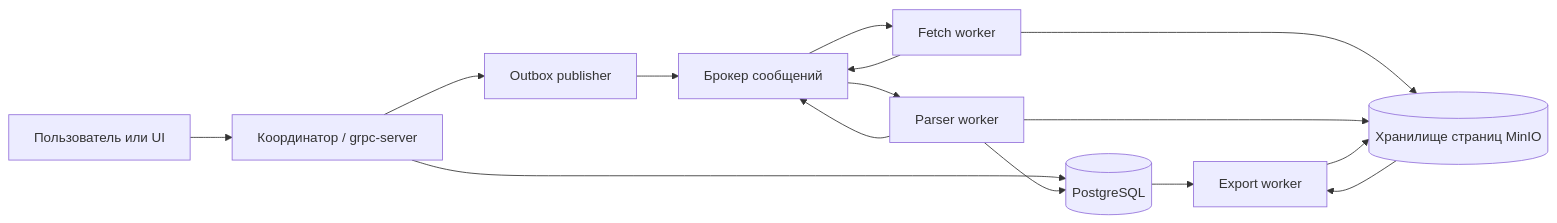
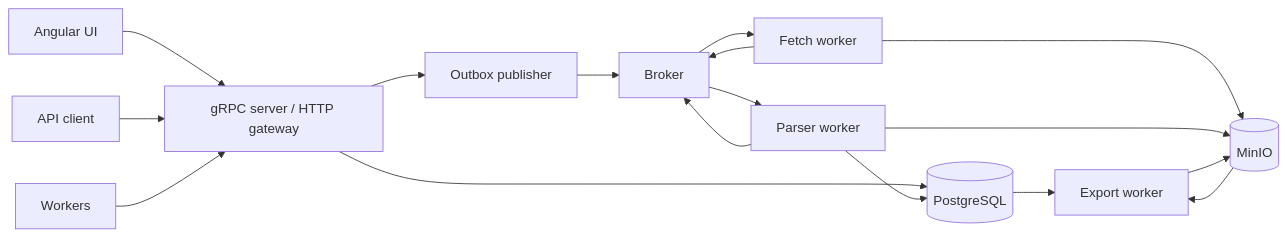
The diagram in README.md (Platinaa777/DistributedCrawler), drawn with Mermaid before and after one commit. The commit also changed other lines of this file and 2 other files, not shown here.

````diff
--- a/README.md
+++ b/README.md
@@ -18,17 +47,19 @@
 ```mermaid
 flowchart LR
-    User[Пользователь или UI] --> API[Координатор / grpc-server]
+    UI[Angular UI] --> API[gRPC server / HTTP gateway]
+    Client[API client] --> API
     API --> PG[(PostgreSQL)]
     API --> OUTBOX[Outbox publisher]
-    OUTBOX --> MQ[Брокер сообщений]
+    OUTBOX --> MQ[Broker]
     MQ --> FETCH[Fetch worker]
-    FETCH --> MINIO[(Хранилище страниц MinIO)]
+    FETCH --> MINIO[(MinIO)]
     FETCH --> MQ
     MQ --> PARSER[Parser worker]
     PARSER --> PG
     PARSER --> MINIO
     PARSER --> MQ
     PG --> EXPORT[Export worker]
     MINIO --> EXPORT
     EXPORT --> MINIO
+    WORKERS[Workers] --> API
 ```
````
